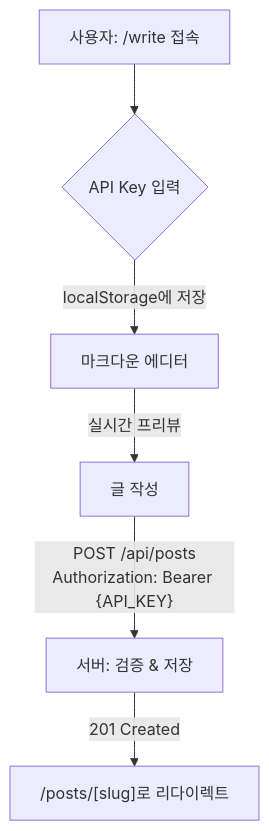
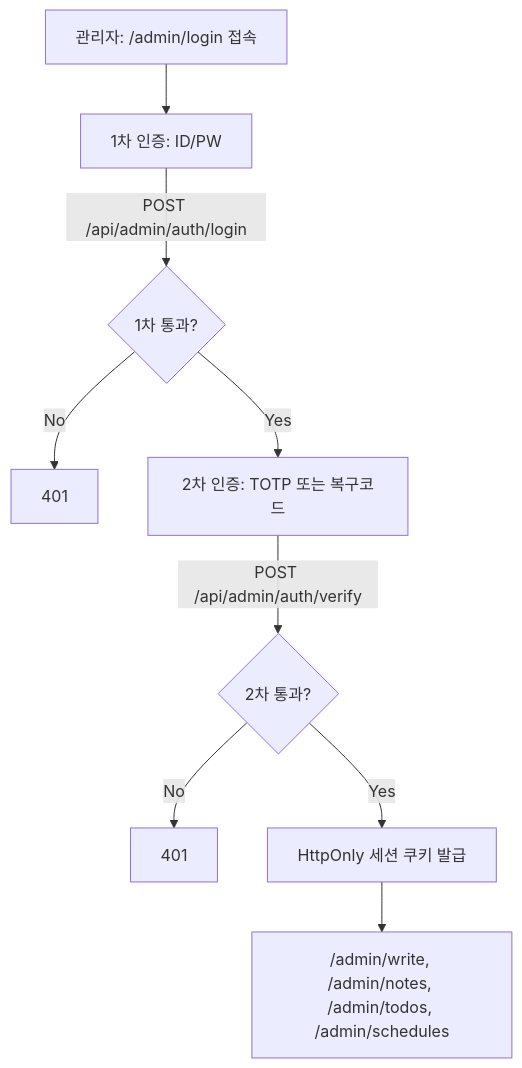
The fourth of 8 diagrams in plans/blog-architecture.md (honki12345/myblog), drawn with Mermaid before and after one commit. The commit also changed other lines of this file and 1 other file, not shown here.

Commit message:
docs: Step 8 관리자 워크스페이스 계획 분리

````diff
--- a/plans/blog-architecture.md
+++ b/plans/blog-architecture.md
@@ -164,8 +164,11 @@
 ```mermaid
 flowchart TD
-    A["사용자: /write 접속"] --> B{"API Key 입력"}
-    B -->|"localStorage에 저장"| C["마크다운 에디터"]
-    C -->|"실시간 프리뷰"| D["글 작성"]
-    D -->|"POST /api/posts<br/>Authorization: Bearer {API_KEY}"| E["서버: 검증 & 저장"]
-    E -->|"201 Created"| F["/posts/[slug]로 리다이렉트"]
+    A["관리자: /admin/login 접속"] --> B["1차 인증: ID/PW"]
+    B -->|"POST /api/admin/auth/login"| C{"1차 통과?"}
+    C -->|No| X["401"]
+    C -->|Yes| D["2차 인증: TOTP 또는 복구코드"]
+    D -->|"POST /api/admin/auth/verify"| E{"2차 통과?"}
+    E -->|No| Y["401"]
+    E -->|Yes| F["HttpOnly 세션 쿠키 발급"]
+    F --> G["/admin/write, /admin/notes, /admin/todos, /admin/schedules"]
 ```
````
